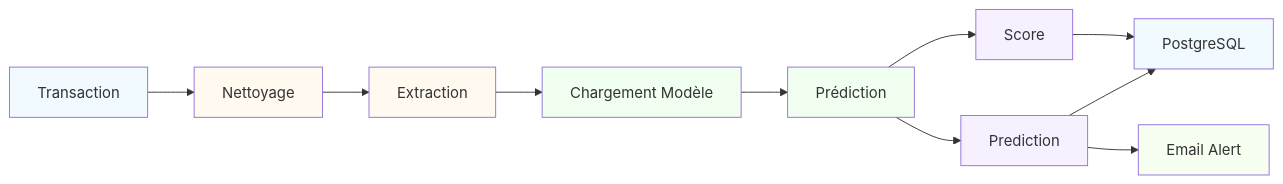
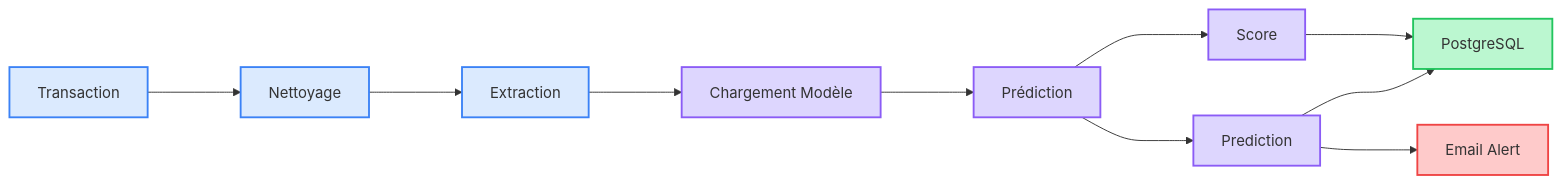
Before and after one commit to jefraudai/jefraudai: the sixth of 11 diagrams in Services/slidev/slides.md, drawn with Mermaid. The commit also changed other lines of this file and 14 other files, not shown here.

````diff
--- a/Services/slidev/slides.md
+++ b/Services/slidev/slides.md
@@ -211,22 +392,22 @@
 ```mermaid
 flowchart LR
-    Data[Transaction] --> Clean[Nettoyage]
-    Clean --> Features[Extraction]
-    Features --> Load[Chargement Modèle]
-    Load --> Predict[Prédiction]
-    Predict --> Score[Score]
-    Predict --> Pred[Prediction]
-    Score --> DB[PostgreSQL]
-    Pred --> DB
-    Pred --> Email[Email Alert]
+    Data[Transaction] ---> Clean[Nettoyage]
+    Clean ---> Features[Extraction]
+    Features ---> Load[Chargement Modèle]
+    Load ---> Predict[Prédiction]
+    Predict ---> Score[Score]
+    Predict ---> Pred[Prediction]
+    Score ---> DB[PostgreSQL]
+    Pred ---> DB
+    Pred ---> Email[Email Alert]
     
-    style Data fill:#e1f5ff,fill-opacity:0.5
-    style Clean fill:#fff4e1,fill-opacity:0.5
-    style Features fill:#fff4e1,fill-opacity:0.5
-    style Load fill:#e1ffe1,fill-opacity:0.5
-    style Predict fill:#e1ffe1,fill-opacity:0.5
-    style Score fill:#f0e1ff,fill-opacity:0.5
-    style Pred fill:#f0e1ff,fill-opacity:0.5
-    style DB fill:#e1f5ff,fill-opacity:0.5
-    style Email fill:#f0ffe1,fill-opacity:0.5
+    style Data fill:#dbeafe,stroke:#3b82f6,stroke-width:2px
+    style Clean fill:#dbeafe,stroke:#3b82f6,stroke-width:2px
+    style Features fill:#dbeafe,stroke:#3b82f6,stroke-width:2px
+    style Load fill:#ddd6fe,stroke:#8b5cf6,stroke-width:2px
+    style Predict fill:#ddd6fe,stroke:#8b5cf6,stroke-width:2px
+    style Score fill:#ddd6fe,stroke:#8b5cf6,stroke-width:2px
+    style Pred fill:#ddd6fe,stroke:#8b5cf6,stroke-width:2px
+    style DB fill:#bbf7d0,stroke:#22c55e,stroke-width:2px
+    style Email fill:#fecaca,stroke:#ef4444,stroke-width:2px
 ```
````
